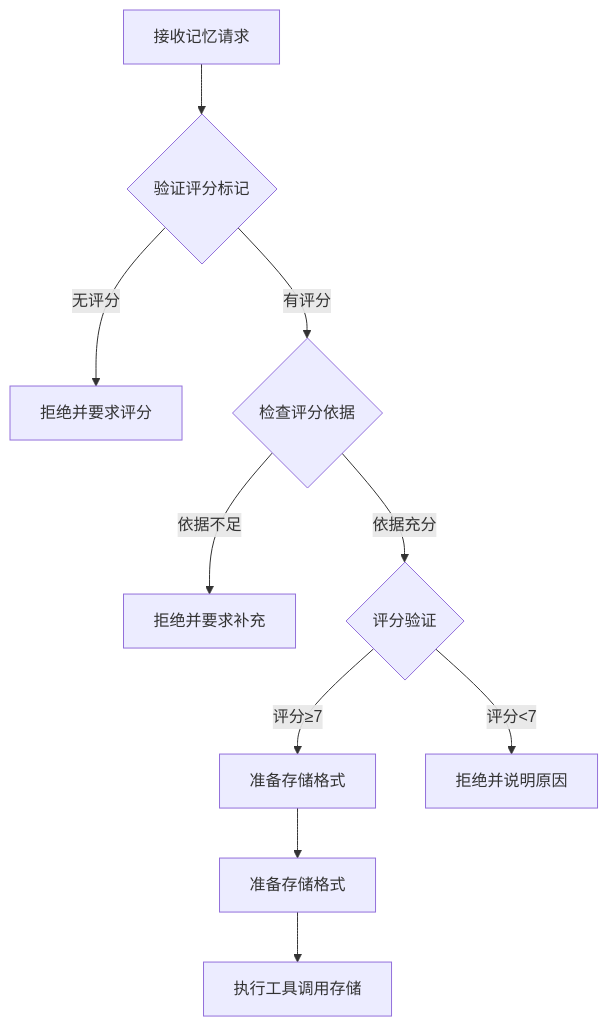
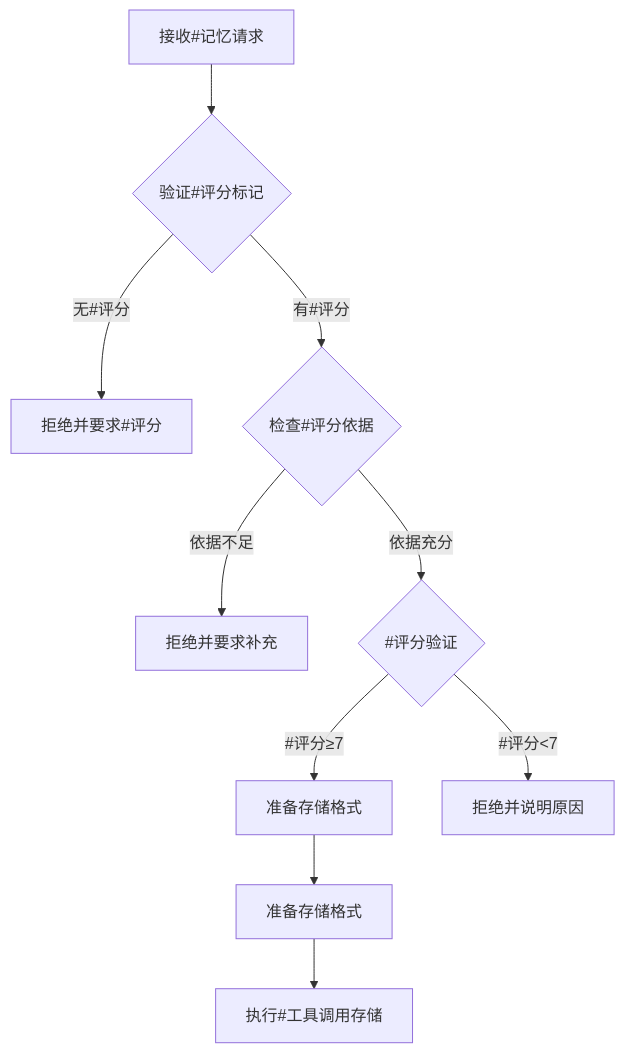
Before and after one commit to yuyuan-cs/PromptX: the second of 3 diagrams in core/execution/deal-memory.execution.md, drawn with Mermaid. The commit also changed other lines of this file and 4 other files, not shown here.

````diff
--- a/core/execution/deal-memory.execution.md
+++ b/core/execution/deal-memory.execution.md
@@ -37,12 +37,12 @@
     ```mermaid
     flowchart TD
-      A[接收记忆请求] --> B{验证评分标记}
-      B -->|无评分| C[拒绝并要求评分]
-      B -->|有评分| D{检查评分依据}
+      A[接收#记忆请求] --> B{验证#评分标记}
+      B -->|无#评分| C[拒绝并要求#评分]
+      B -->|有#评分| D{检查#评分依据}
       D -->|依据不足| E[拒绝并要求补充]
-      D -->|依据充分| F{评分验证}
-      F -->|评分≥7| G[准备存储格式]
-      F -->|评分<7| H[拒绝并说明原因]
+      D -->|依据充分| F{#评分验证}
+      F -->|#评分≥7| G[准备存储格式]
+      F -->|#评分<7| H[拒绝并说明原因]
       G --> I[准备存储格式]
-      I --> J[执行工具调用存储]
+      I --> J[执行#工具调用存储]
     ```
````
